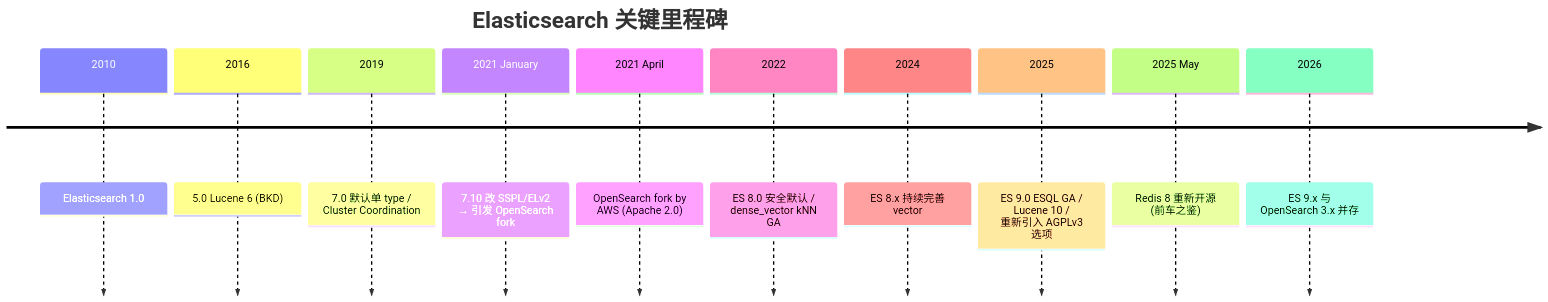
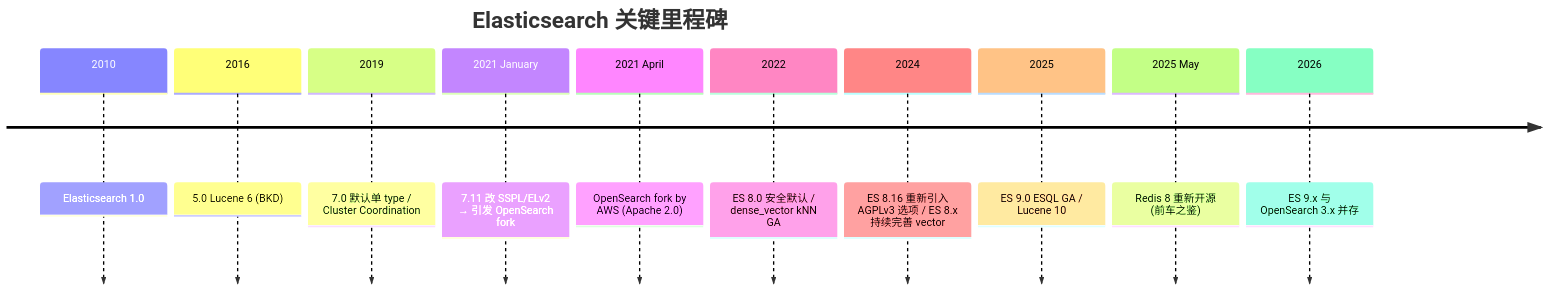
The seventh of 7 diagrams in elasticsearch/ROADMAP.md (Kirby980/backend-handbook), drawn with Mermaid before and after one commit. The commit also changed other lines of this file and 26 other files, not shown here.

````diff
--- a/elasticsearch/ROADMAP.md
+++ b/elasticsearch/ROADMAP.md
@@ -172,14 +172,14 @@
 ```mermaid
 timeline
     title Elasticsearch 关键里程碑
     2010 : Elasticsearch 1.0
     2016 : 5.0 Lucene 6 (BKD)
     2019 : 7.0 默认单 type / Cluster Coordination
-    2021 January : 7.10 改 SSPL/ELv2 → 引发 OpenSearch fork
+    2021 January : 7.11 改 SSPL/ELv2 → 引发 OpenSearch fork
     2021 April : OpenSearch fork by AWS (Apache 2.0)
     2022 : ES 8.0 安全默认 / dense_vector kNN GA
-    2024 : ES 8.x 持续完善 vector
-    2025 : ES 9.0 ESQL GA / Lucene 10 / 重新引入 AGPLv3 选项
+    2024 : ES 8.16 重新引入 AGPLv3 选项 / ES 8.x 持续完善 vector
+    2025 : ES 9.0 ESQL GA / Lucene 10
     2025 May : Redis 8 重新开源 (前车之鉴)
     2026 : ES 9.x 与 OpenSearch 3.x 并存
 ```
````
